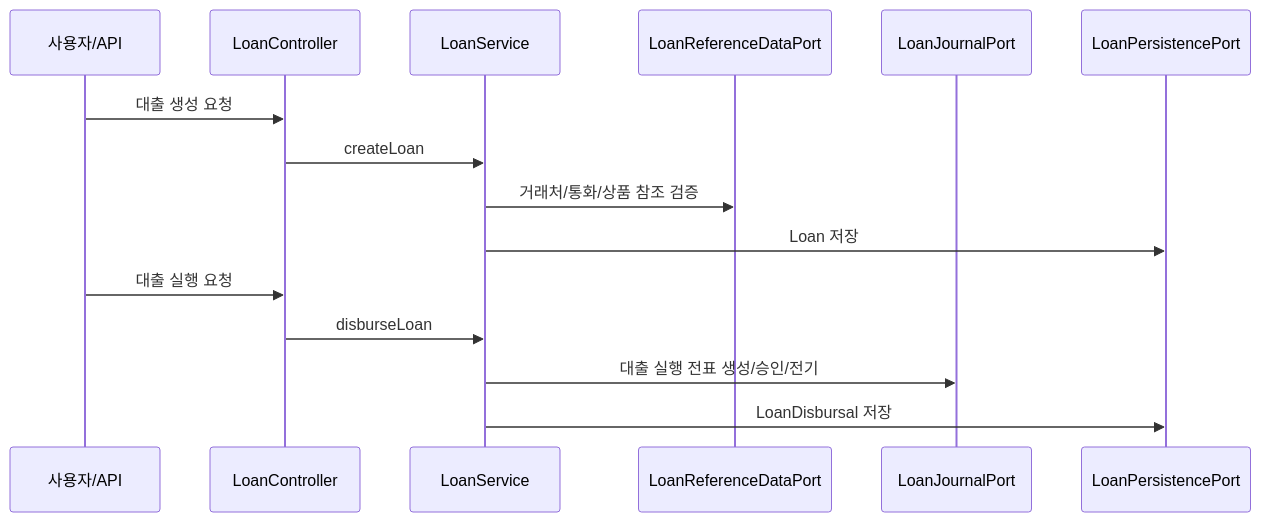
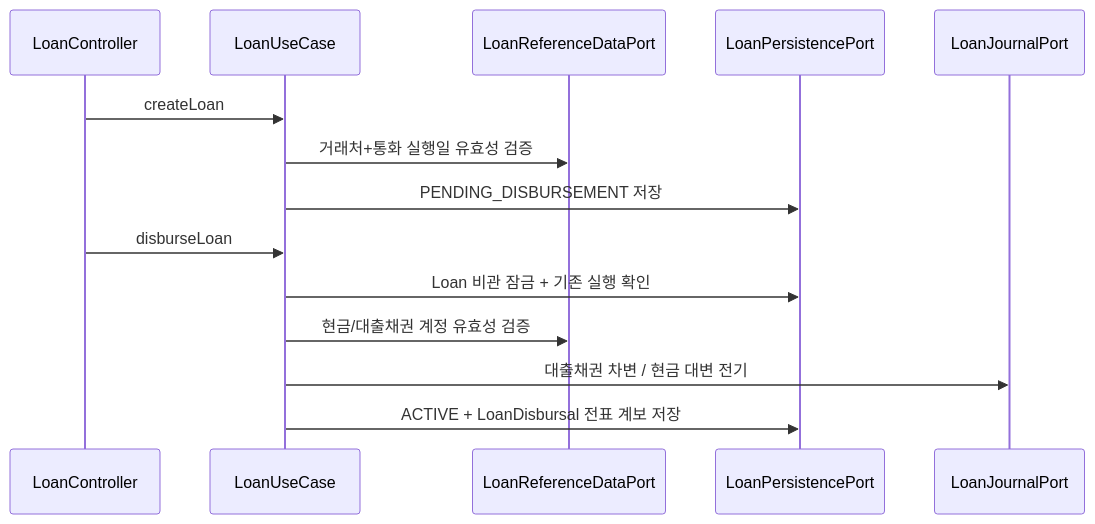
Before and after one commit to skyg547/account: the first of 2 diagrams in loan/docs/process-flow.md, drawn with Mermaid. The commit also changed other lines of this file and 139 other files, not shown here.

````diff
--- a/loan/docs/process-flow.md
+++ b/loan/docs/process-flow.md
@@ -17,19 +17,18 @@
 ```mermaid
 sequenceDiagram
-    participant User as 사용자/API
     participant API as LoanController
-    participant Service as LoanService
+    participant UC as LoanUseCase
     participant Ref as LoanReferenceDataPort
+    participant Store as LoanPersistencePort
     participant Journal as LoanJournalPort
-    participant Store as LoanPersistencePort
 
-    User->>API: 대출 생성 요청
-    API->>Service: createLoan
-    Service->>Ref: 거래처/통화/상품 참조 검증
-    Service->>Store: Loan 저장
+    API->>UC: createLoan
+    UC->>Ref: 거래처+통화 실행일 유효성 검증
+    UC->>Store: PENDING_DISBURSEMENT 저장
 
-    User->>API: 대출 실행 요청
-    API->>Service: disburseLoan
-    Service->>Journal: 대출 실행 전표 생성/승인/전기
-    Service->>Store: LoanDisbursal 저장
+    API->>UC: disburseLoan
+    UC->>Store: Loan 비관 잠금 + 기존 실행 확인
+    UC->>Ref: 현금/대출채권 계정 유효성 검증
+    UC->>Journal: 대출채권 차변 / 현금 대변 전기
+    UC->>Store: ACTIVE + LoanDisbursal 전표 계보 저장
 ```
````
